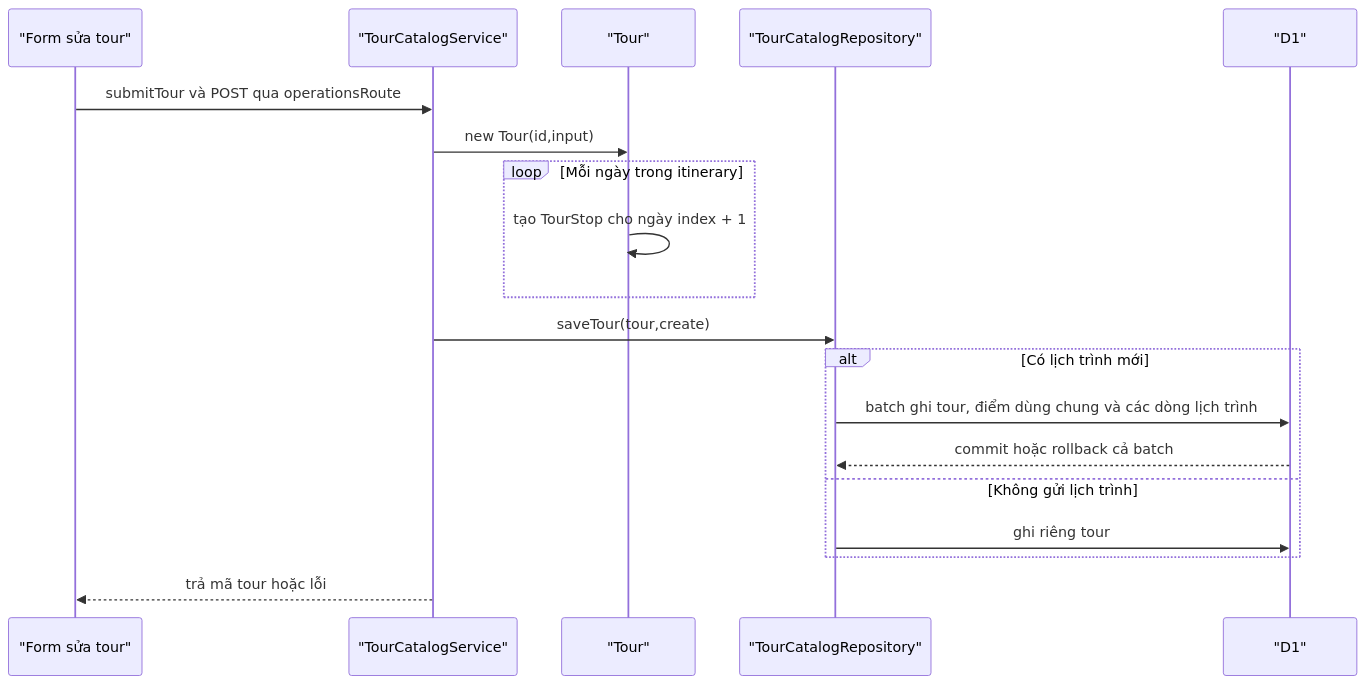
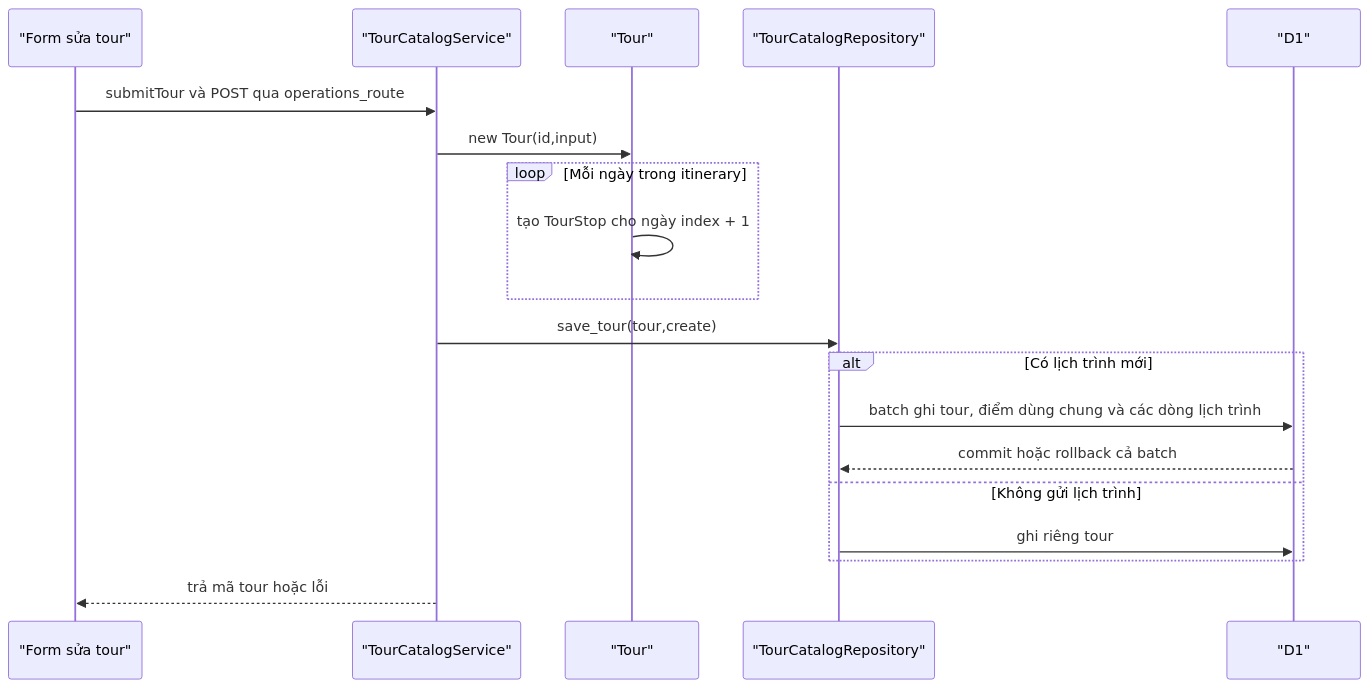
The first of 3 diagrams in docs/checklist-4.2.md (dqming1876/OOP_TourManager), drawn with Mermaid before and after one commit. The commit also changed other lines of this file and 88 other files, not shown here.

````diff
--- a/docs/checklist-4.2.md
+++ b/docs/checklist-4.2.md
@@ -5,21 +5,21 @@
 ```mermaid
 sequenceDiagram
     participant F as "Form sửa tour"
     participant S as "TourCatalogService"
     participant T as "Tour"
     participant R as "TourCatalogRepository"
     participant DB as "D1"
-    F->>S: submitTour và POST qua operationsRoute
+    F->>S: submitTour và POST qua operations_route
     S->>T: new Tour(id,input)
     loop Mỗi ngày trong itinerary
         T->>T: tạo TourStop cho ngày index + 1
     end
-    S->>R: saveTour(tour,create)
+    S->>R: save_tour(tour,create)
     alt Có lịch trình mới
         R->>DB: batch ghi tour, điểm dùng chung và các dòng lịch trình
         DB-->>R: commit hoặc rollback cả batch
     else Không gửi lịch trình
         R->>DB: ghi riêng tour
     end
     S-->>F: trả mã tour hoặc lỗi
 ```
````
